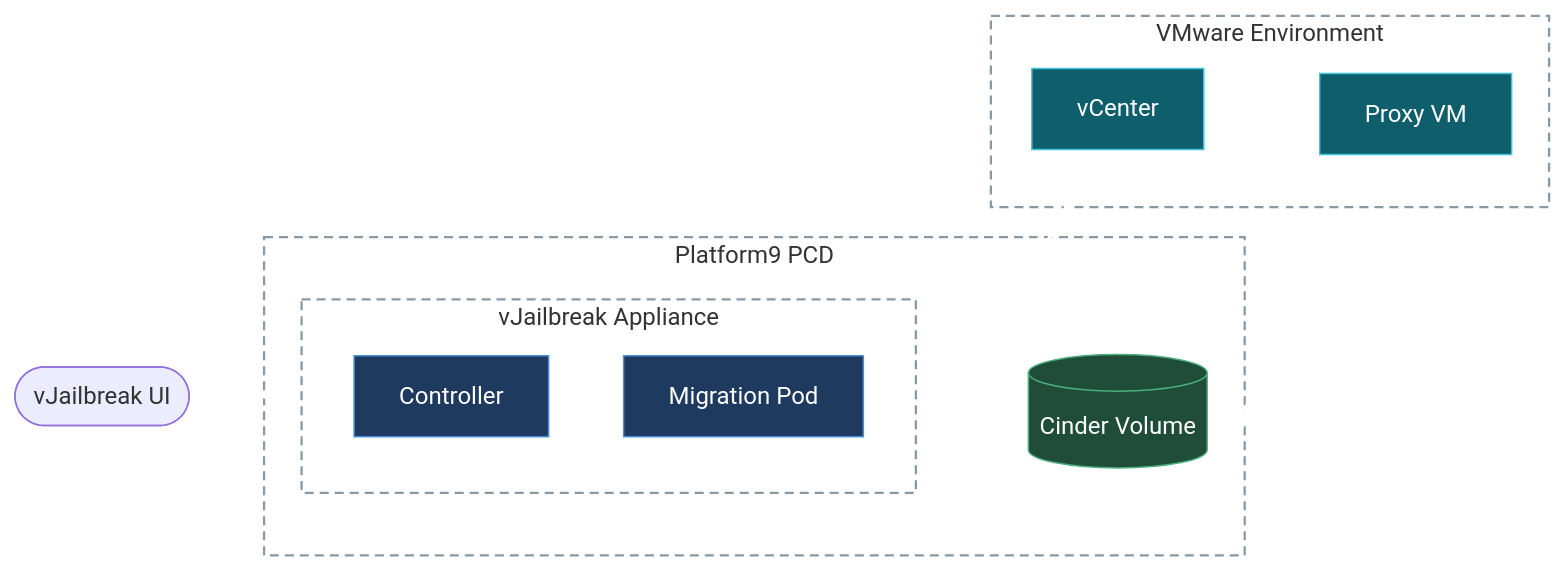
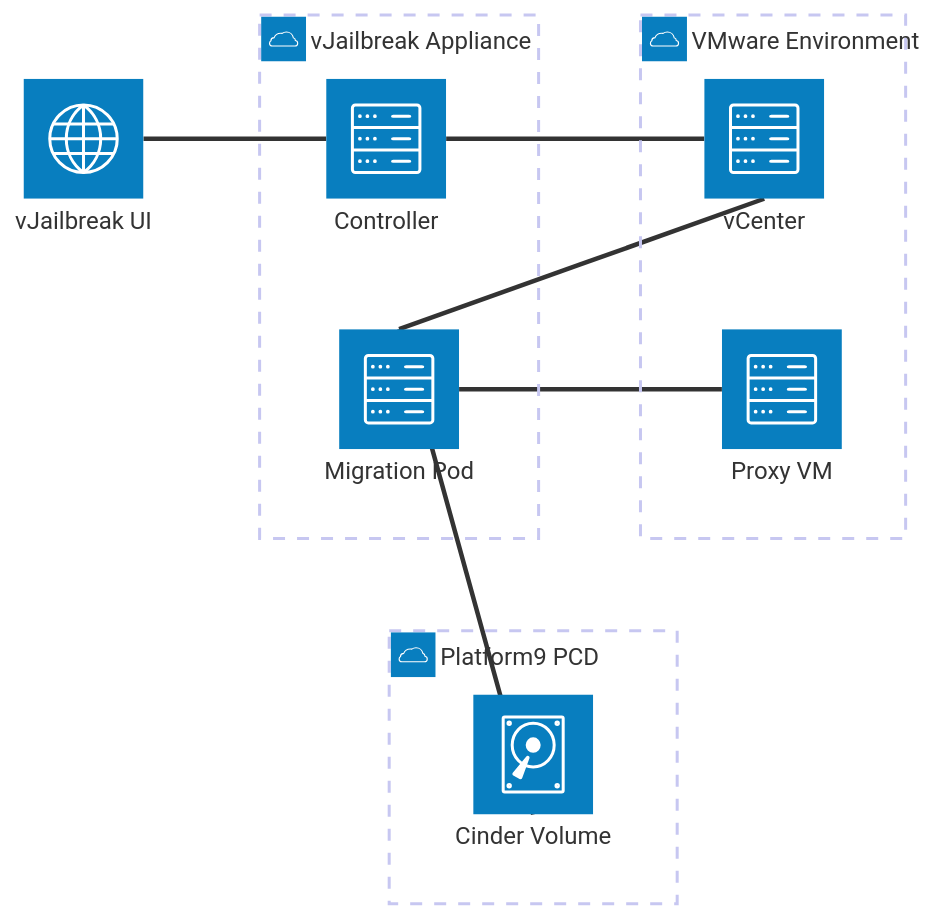
Before and after one commit to platform9/vjailbreak: the first of 2 diagrams in docs/src/content/docs/concepts/vjailbreak-accelerated-copy.md, drawn with Mermaid. The commit also changed other lines of this file, not shown here.

Commit message:
Admin UI -> vJailbreak UI

````diff
--- a/docs/src/content/docs/concepts/vjailbreak-accelerated-copy.md
+++ b/docs/src/content/docs/concepts/vjailbreak-accelerated-copy.md
@@ -300,38 +300,19 @@
 ```mermaid
-flowchart LR
-    admin([vJailbreak UI])
+architecture-beta
+    group pcd(cloud)[Platform9 PCD]
+    group vjb(cloud)[vJailbreak Appliance]
+    group vmw(cloud)[VMware Environment]
 
-    subgraph pcd[Platform9 PCD]
-        subgraph vjb[vJailbreak Appliance]
-            direction TB
-            ctrl[Controller]
-            pod[Migration Pod]
-        end
-        os[(Cinder Volume)]
-    end
+    service admin(internet)[vJailbreak UI]
+    service os(disk)[Cinder Volume] in pcd
+    service ctrl(server)[Controller] in vjb
+    service pod(server)[Migration Pod] in vjb
+    service vc(server)[vCenter] in vmw
+    service proxy(server)[Proxy VM] in vmw
 
-    subgraph vmw[VMware Environment]
-        vc[vCenter]
-        proxy[Proxy VM]
-    end
-
-    admin --- ctrl
-    ctrl --- vc
-    pod --- vc
-    vc --- proxy
-    pod --- proxy
-    pod --- os
-
-    classDef appliance fill:#1e3a5f,stroke:#4a90d9,color:#fff
-    classDef vmware fill:#0f5e6b,stroke:#3cc5d6,color:#fff
-    classDef pcd fill:#1f4d3a,stroke:#4caf7d,color:#fff
-    class ctrl,pod appliance
-    class vc,proxy vmware
-    class os pcd
-
-    style pcd fill:transparent,stroke:#8899a6,stroke-width:1.5px,stroke-dasharray:6 4
-    style vjb fill:transparent,stroke:#8899a6,stroke-width:1.5px,stroke-dasharray:6 4
-    style vmw fill:transparent,stroke:#8899a6,stroke-width:1.5px,stroke-dasharray:6 4
-
-    linkStyle default stroke:#ffffff,stroke-width:3px
+    admin:R -- L:ctrl
+    ctrl:R -- L:vc
+    os:B -- T:pod
+    pod:R -- L:proxy
+    pod:T -- B:vc
 ```
````
